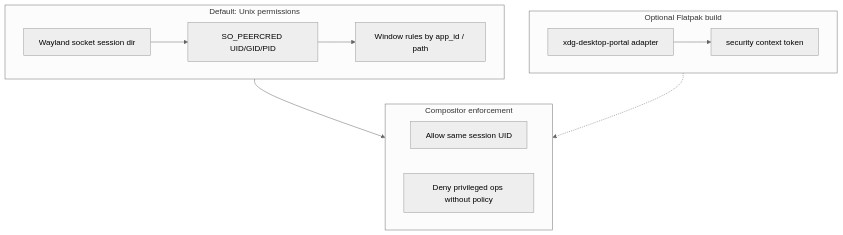
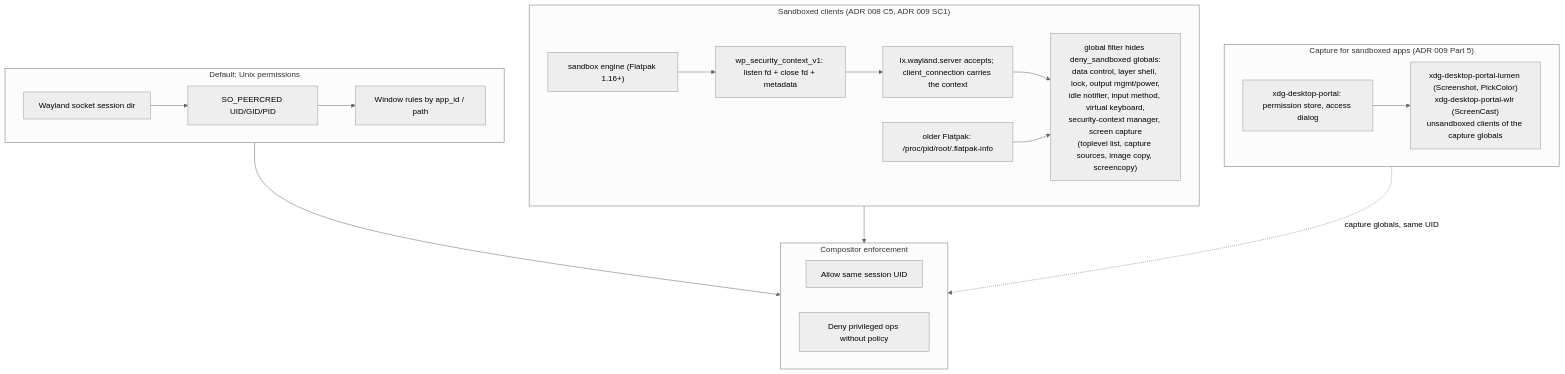
One commit to dimmus/lumen changed the diagram in docs/uml/16-security.mmd. Above: the diagram before and after it, drawn with Mermaid (neutral theme). The commit also changed 151 other files, not shown here.

```diff
--- a/docs/uml/16-security.mmd
+++ b/docs/uml/16-security.mmd
@@ -1,20 +1,32 @@
 flowchart TB
     subgraph Traditional["Default: Unix permissions"]
         SOCK["Wayland socket session dir"]
         CRED["SO_PEERCRED UID/GID/PID"]
         RULES["Window rules by app_id / path"]
         SOCK --> CRED --> RULES
     end
 
-    subgraph OptionalFlatpak["Optional Flatpak build"]
-        PORTAL["xdg-desktop-portal adapter"]
-        PORTAL --> SNAPTOK["security context token"]
+    subgraph Portals["Capture for sandboxed apps (ADR 009 Part 5)"]
+        PORTAL["xdg-desktop-portal: permission store, access dialog"]
+        BACKENDS["xdg-desktop-portal-lumen (Screenshot, PickColor)<br/>xdg-desktop-portal-wlr (ScreenCast)<br/>unsandboxed clients of the capture globals"]
+        PORTAL --> BACKENDS
+    end
+
+    subgraph Sandboxes["Sandboxed clients (ADR 008 C5, ADR 009 SC1)"]
+        ENGINE["sandbox engine (Flatpak 1.16+)"]
+        LISTEN["wp_security_context_v1: listen fd + close fd + metadata"]
+        ACCEPT["lx.wayland.server accepts; client_connection carries the context"]
+        INFO["older Flatpak: /proc/pid/root/.flatpak-info"]
+        FILTER["global filter hides deny_sandboxed globals:<br/>data control, layer shell, lock, output mgmt/power,<br/>idle notifier, input method, virtual keyboard,<br/>security-context manager, screen capture<br/>(toplevel list, capture sources, image copy, screencopy)"]
+        ENGINE --> LISTEN --> ACCEPT --> FILTER
+        INFO --> FILTER
     end
 
     subgraph CompositorCheck["Compositor enforcement"]
         ALLOW["Allow same session UID"]
         DENY["Deny privileged ops without policy"]
     end
 
     Traditional --> CompositorCheck
-    OptionalFlatpak -.-> CompositorCheck
+    Sandboxes --> CompositorCheck
+    Portals -.->|"capture globals, same UID"| CompositorCheck
```
